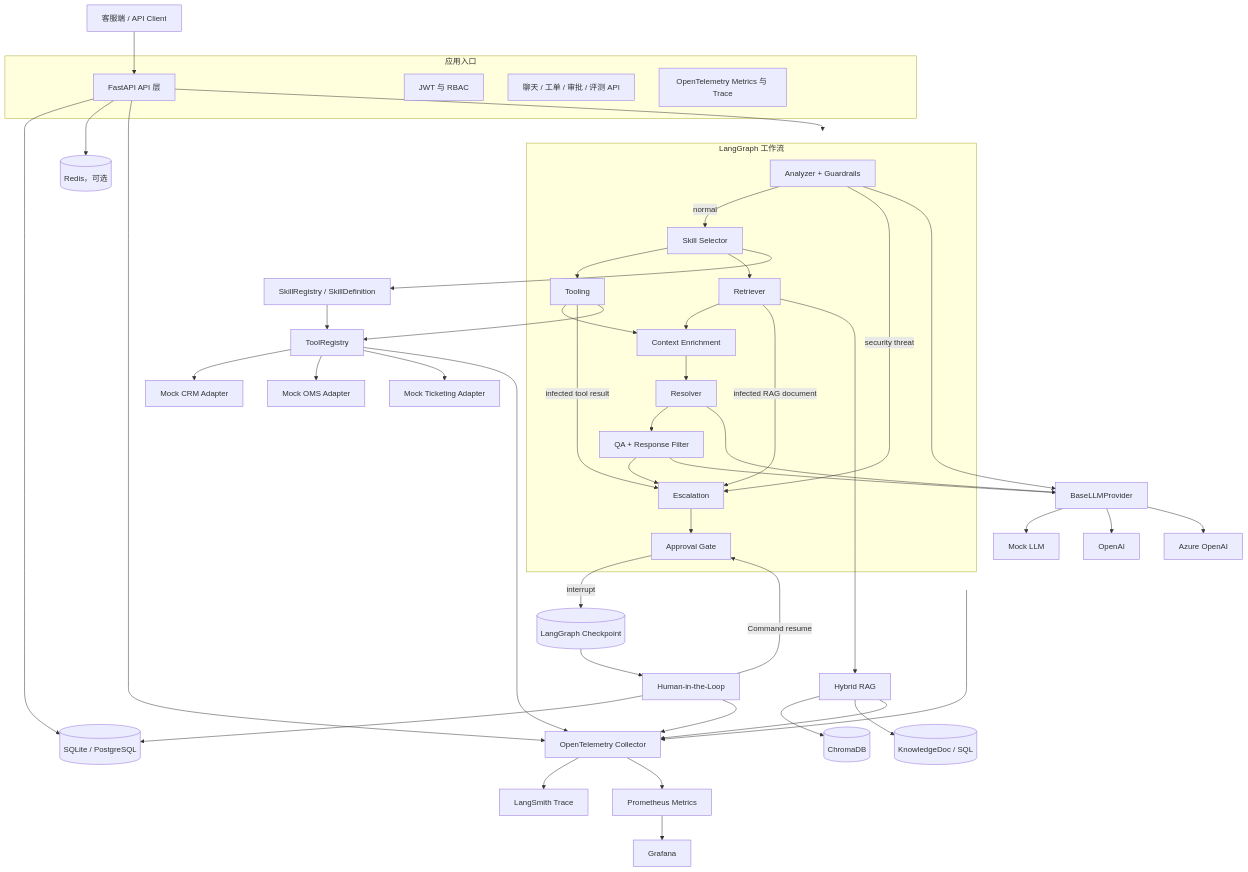
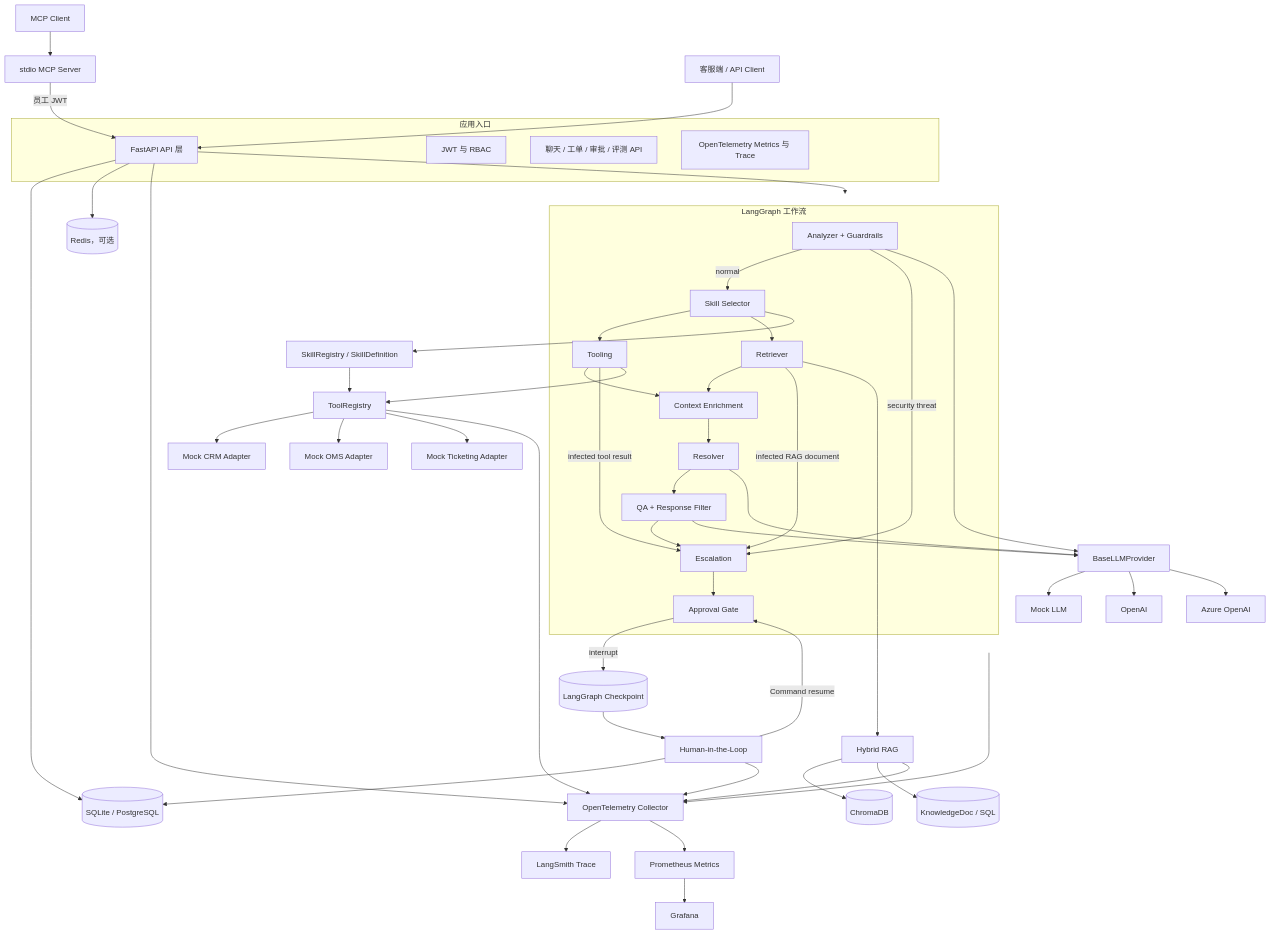
One commit to sulik0/supportgpt-customer-service-agent changed the first of 6 diagrams in docs/01_ARCHITECTURE.md. Above: the diagram before and after it, drawn with Mermaid. The commit also changed other lines of this file and 20 other files, not shown here.

First line of the commit message:
feat(mcp): add stdio MCP server exposing staff API as tools

````diff
--- a/docs/01_ARCHITECTURE.md
+++ b/docs/01_ARCHITECTURE.md
@@ -20,71 +20,73 @@
 ```mermaid
 flowchart TB
+    MCPClient[MCP Client] --> MCPServer[stdio MCP Server]
+    MCPServer -->|员工 JWT| Gateway
     Client[客服端 / API Client] --> Gateway[FastAPI API 层]
 
     subgraph App[应用入口]
         Gateway
         Auth[JWT 与 RBAC]
         Chat[聊天 / 工单 / 审批 / 评测 API]
         HTTPTrace[OpenTelemetry Metrics 与 Trace]
     end
 
     Gateway --> Graph
     Gateway --> SQL
     Gateway --> Redis
 
     subgraph Graph[LangGraph 工作流]
         Analyzer[Analyzer + Guardrails]
         SkillSelector[Skill Selector]
         Tooling[Tooling]
         Retriever[Retriever]
         ContextJoin[Context Enrichment]
         Resolver[Resolver]
         QA[QA + Response Filter]
         Escalation[Escalation]
         ApprovalGate[Approval Gate]
         Analyzer -->|normal| SkillSelector
         SkillSelector --> Tooling
         SkillSelector --> Retriever
         Tooling --> ContextJoin
         Retriever --> ContextJoin
         ContextJoin --> Resolver --> QA --> Escalation --> ApprovalGate
         Analyzer -->|security threat| Escalation
         Tooling -->|infected tool result| Escalation
         Retriever -->|infected RAG document| Escalation
     end
 
     Tooling --> Registry[ToolRegistry]
     SkillSelector --> Skills[SkillRegistry / SkillDefinition]
     Skills --> Registry
     Registry --> CRM[Mock CRM Adapter]
     Registry --> OMS[Mock OMS Adapter]
     Registry --> Ticketing[Mock Ticketing Adapter]
 
     Retriever --> RAG[Hybrid RAG]
     RAG --> Chroma[(ChromaDB)]
     RAG --> KB[(KnowledgeDoc / SQL)]
 
     Resolver --> Provider[BaseLLMProvider]
     QA --> Provider
     Analyzer --> Provider
     Provider --> Mock[Mock LLM]
     Provider --> OpenAI[OpenAI]
     Provider --> Azure[Azure OpenAI]
 
     ApprovalGate -->|interrupt| Checkpoint[(LangGraph Checkpoint)]
     Checkpoint --> Approval[Human-in-the-Loop]
     Approval -->|Command resume| ApprovalGate
     Approval --> SQL
 
     SQL[(SQLite / PostgreSQL)]
     Redis[(Redis，可选)]
 
     Gateway --> Obs[OpenTelemetry Collector]
     Obs --> LangSmith[LangSmith Trace]
     Obs --> Prometheus[Prometheus Metrics]
     Prometheus --> Grafana[Grafana]
     Graph --> Obs
     Registry --> Obs
     RAG --> Obs
     Approval --> Obs
 ```
````
